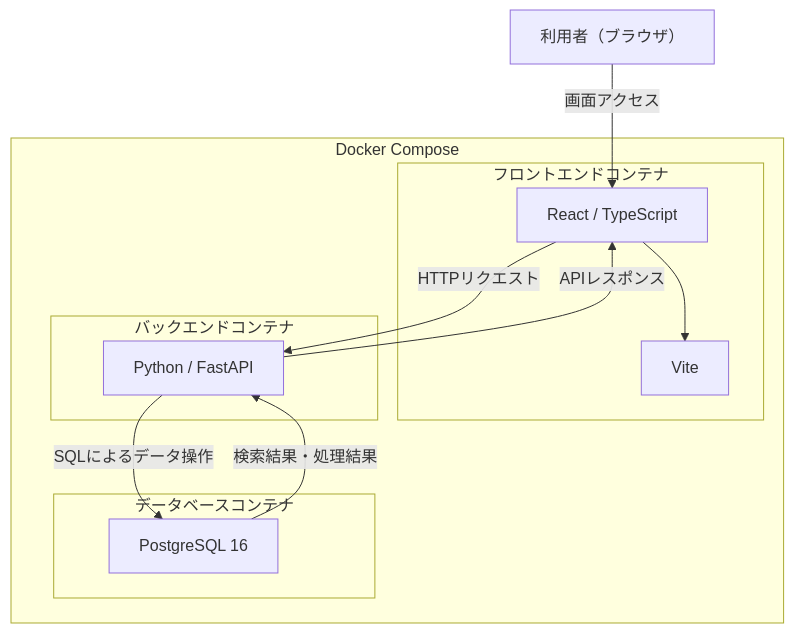
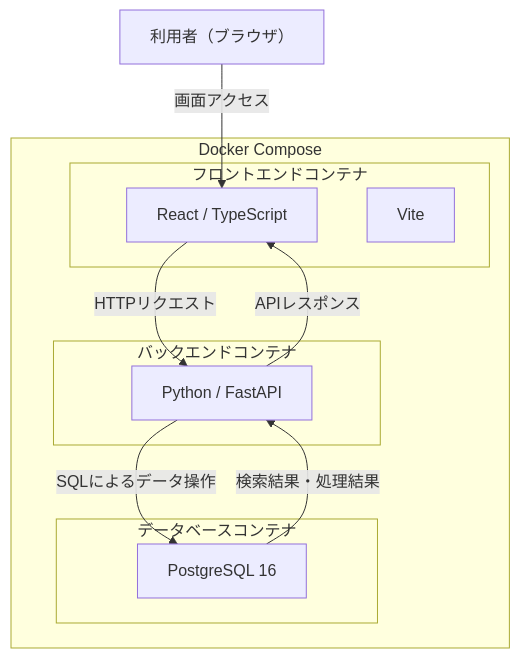
Before and after one commit to Natsu0u0/product-inventory-management: the first of 2 diagrams in README.md, drawn with Mermaid. The commit also changed other lines of this file and 24 other files, not shown here.

````diff
--- a/README.md
+++ b/README.md
@@ -106,26 +142,25 @@
 ```mermaid
 flowchart TB
     User["利用者（ブラウザ）"]
 
     subgraph Docker["Docker Compose"]
         subgraph Frontend["フロントエンドコンテナ"]
             React["React / TypeScript"]
             Vite["Vite"]
         end
 
         subgraph Backend["バックエンドコンテナ"]
             FastAPI["Python / FastAPI"]
         end
 
         subgraph Database["データベースコンテナ"]
             PostgreSQL["PostgreSQL 16"]
         end
     end
 
     User -->|"画面アクセス"| React
-    React --> Vite
     React -->|"HTTPリクエスト"| FastAPI
     FastAPI -->|"SQLによるデータ操作"| PostgreSQL
     PostgreSQL -->|"検索結果・処理結果"| FastAPI
     FastAPI -->|"APIレスポンス"| React
 ```
````
